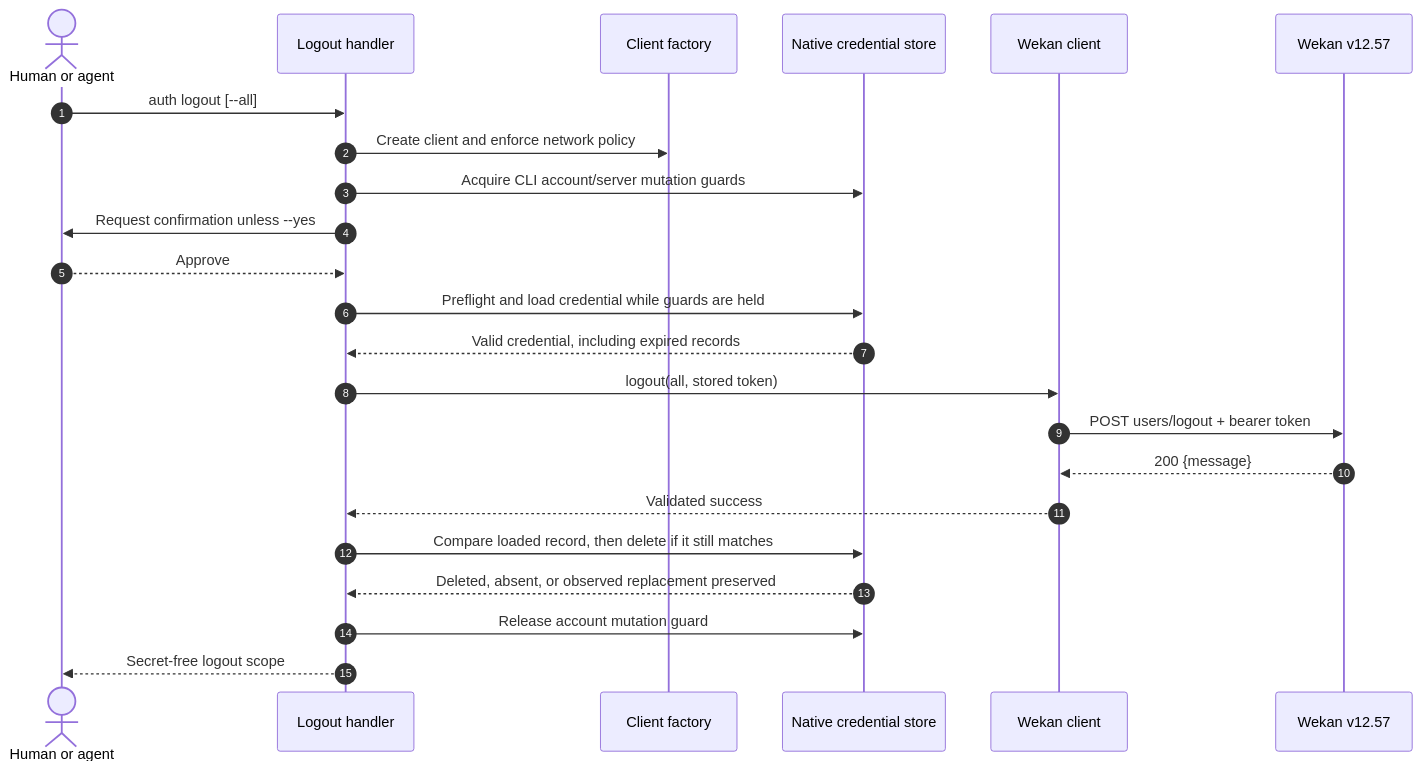
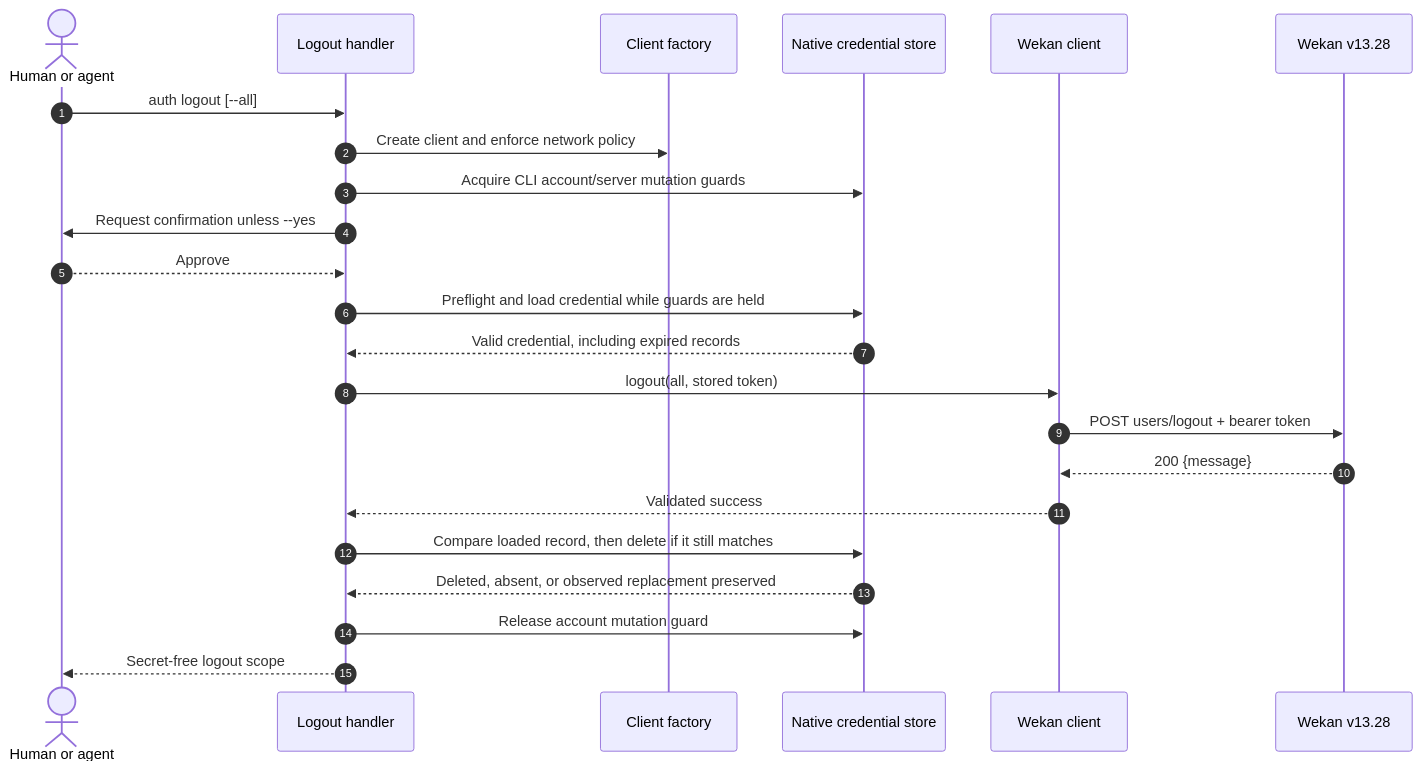
One commit to AhmedLukman/wekan-cli changed the fifth of 11 diagrams in docs/auth-architecture.md. Above: the diagram before and after it, drawn with Mermaid. The commit also changed other lines of this file and 337 other files, not shown here.

````diff
--- a/docs/auth-architecture.md
+++ b/docs/auth-architecture.md
@@ -270,26 +270,26 @@
 ```mermaid
 sequenceDiagram
     autonumber
     actor Caller as Human or agent
     participant Handler as Logout handler
     participant Factory as Client factory
     participant Vault as Native credential store
     participant Client as Wekan client
-    participant Wekan as Wekan v12.57
+    participant Wekan as Wekan v13.28
 
     Caller->>Handler: auth logout [--all]
     Handler->>Factory: Create client and enforce network policy
     Handler->>Vault: Acquire CLI account/server mutation guards
     Handler->>Caller: Request confirmation unless --yes
     Caller-->>Handler: Approve
     Handler->>Vault: Preflight and load credential while guards are held
     Vault-->>Handler: Valid credential, including expired records
     Handler->>Client: logout(all, stored token)
     Client->>Wekan: POST users/logout + bearer token
     Wekan-->>Client: 200 {message}
     Client-->>Handler: Validated success
     Handler->>Vault: Compare loaded record, then delete if it still matches
     Vault-->>Handler: Deleted, absent, or observed replacement preserved
     Handler->>Vault: Release account mutation guard
     Handler-->>Caller: Secret-free logout scope
 ```
````
